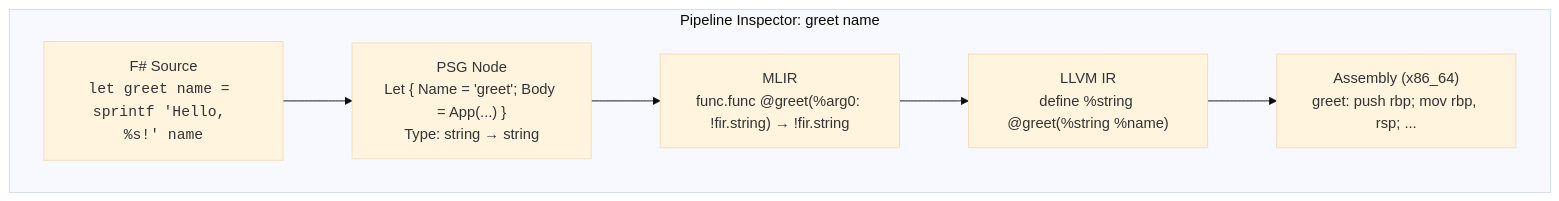
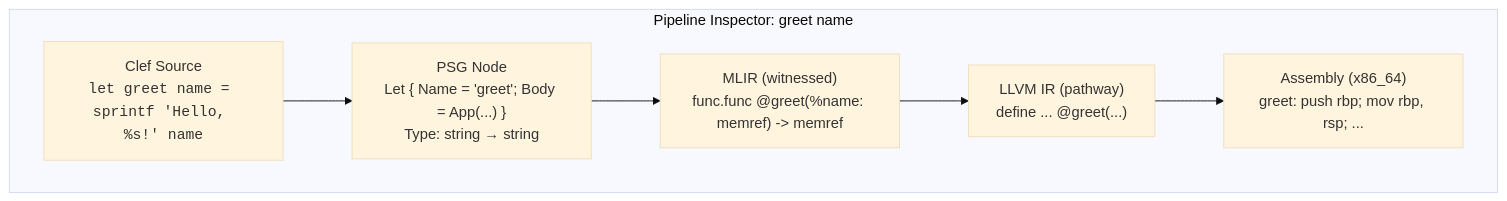
The sixth of 8 diagrams in docs/03_unique_features.md (FidelityFramework/Atelier), drawn with Mermaid (base theme) before and after one commit. The commit also changed other lines of this file and 23 other files, not shown here.

````diff
--- a/docs/03_unique_features.md
+++ b/docs/03_unique_features.md
@@ -315,12 +342,12 @@
 ```mermaid
 flowchart TB
     subgraph pipeline["Pipeline Inspector: greet name"]
-        fsharp["F# Source<br/><code>let greet name = sprintf 'Hello, %s!' name</code>"]
+        clef["Clef Source<br/><code>let greet name = sprintf 'Hello, %s!' name</code>"]
         psgnode["PSG Node<br/>Let { Name = 'greet'; Body = App(...) }<br/>Type: string → string"]
-        mlir["MLIR<br/>func.func @greet(%arg0: !fir.string) → !fir.string"]
-        llvm["LLVM IR<br/>define %string @greet(%string %name)"]
+        mlir["MLIR (witnessed)<br/>func.func @greet(%name: memref<?xi8>) -> memref<?xi8>"]
+        llvm["LLVM IR (pathway)<br/>define ... @greet(...)"]
         asm["Assembly (x86_64)<br/>greet: push rbp; mov rbp, rsp; ..."]
 
-        fsharp --> psgnode --> mlir --> llvm --> asm
+        clef --> psgnode --> mlir --> llvm --> asm
     end
 ```
````
